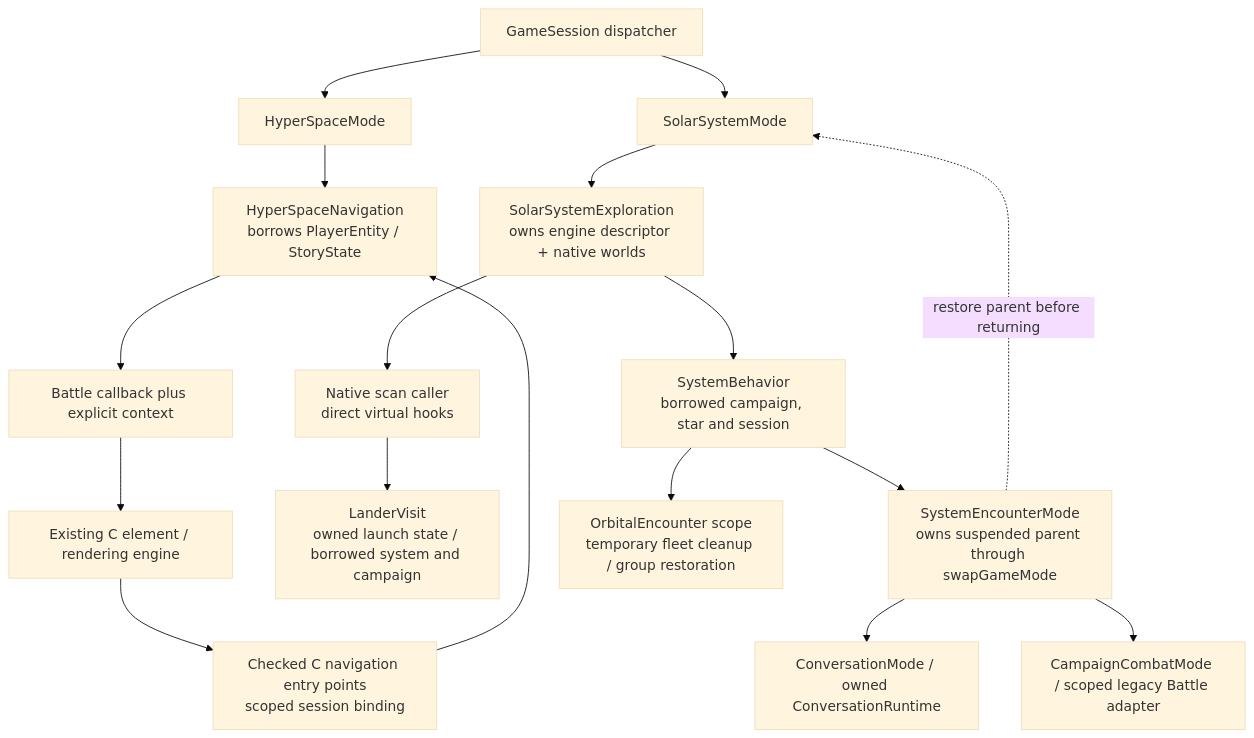
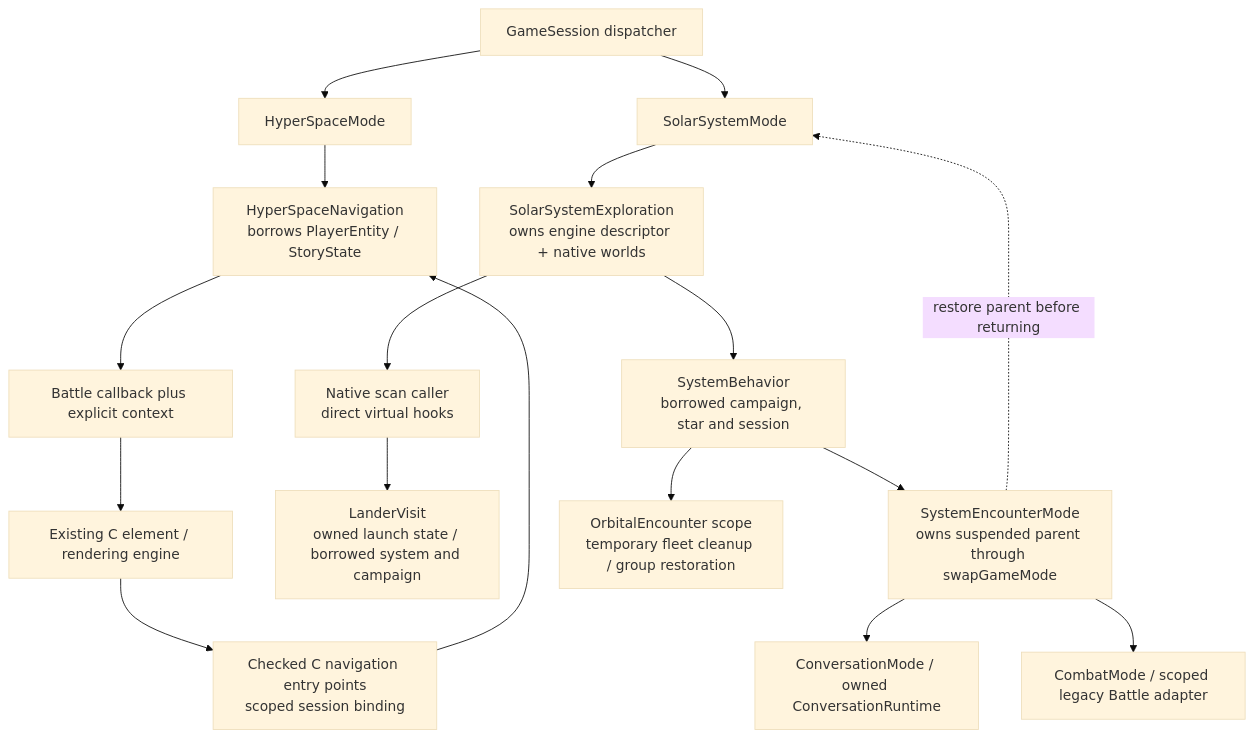
One commit to yost-jacob/uqm-cpp17 changed the diagram in docs/design/runtime-encapsulation.md. Above: the diagram before and after it, drawn with Mermaid (base theme). The commit also changed 28 other files, not shown here.

Commit message:
Share mode dispatch and combat between campaign and arcade

````diff
--- a/docs/design/runtime-encapsulation.md
+++ b/docs/design/runtime-encapsulation.md
@@ -6,19 +6,19 @@
 ```mermaid
 flowchart TD
     Session["GameSession dispatcher"] --> Hyper["HyperSpaceMode"]
     Session --> Solar["SolarSystemMode"]
     Hyper --> Nav["HyperSpaceNavigation<br/>borrows PlayerEntity / StoryState"]
     Nav --> Frame["Battle callback plus explicit context"]
     Frame --> Engine["Existing C element / rendering engine"]
     Engine --> Bind["Checked C navigation entry points<br/>scoped session binding"]
     Bind --> Nav
     Solar --> Explore["SolarSystemExploration<br/>owns engine descriptor + native worlds"]
     Explore --> Rules["SystemBehavior<br/>borrowed campaign, star and session"]
     Explore --> Scan["Native scan caller<br/>direct virtual hooks"]
     Scan --> Lander["LanderVisit<br/>owned launch state / borrowed system and campaign"]
     Rules --> Child["SystemEncounterMode<br/>owns suspended parent through swapGameMode"]
     Child --> Dialog["ConversationMode / owned ConversationRuntime"]
-    Child --> Combat["CampaignCombatMode / scoped legacy Battle adapter"]
+    Child --> Combat["CombatMode / scoped legacy Battle adapter"]
     Child -. restore parent before returning .-> Solar
     Rules --> Fleet["OrbitalEncounter scope<br/>temporary fleet cleanup / group restoration"]
 ```
````
